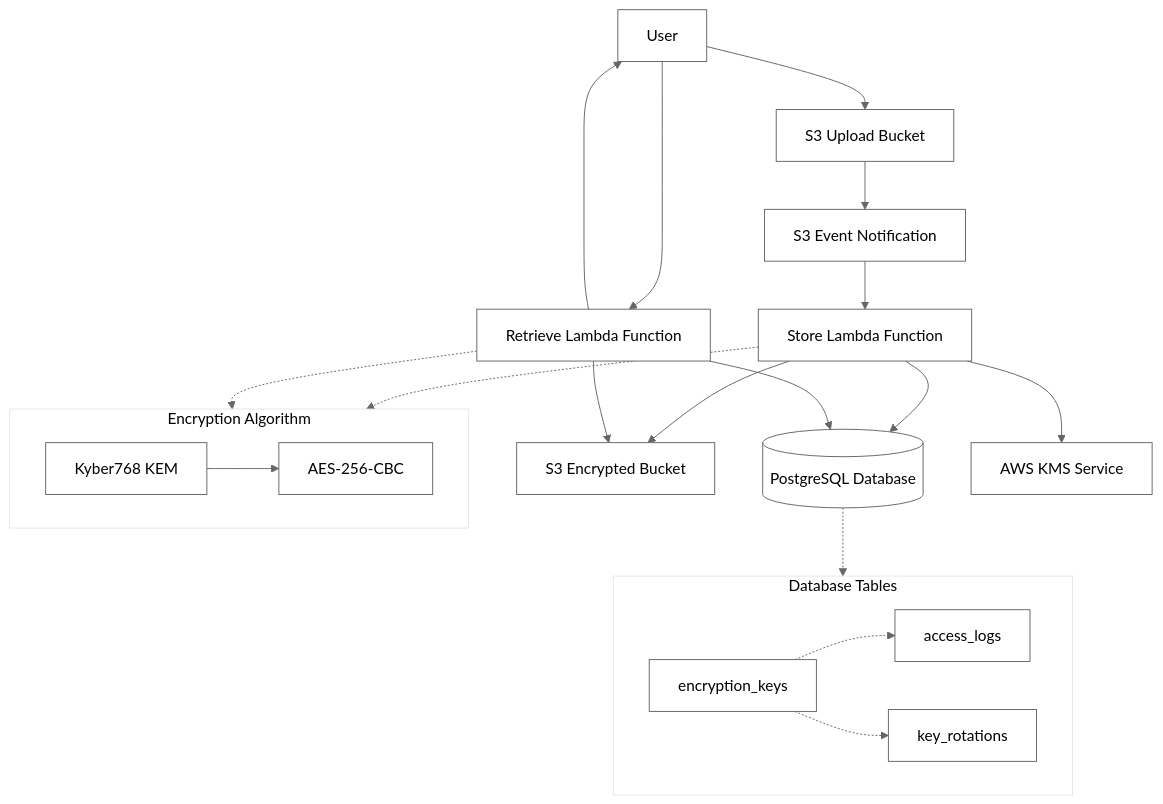
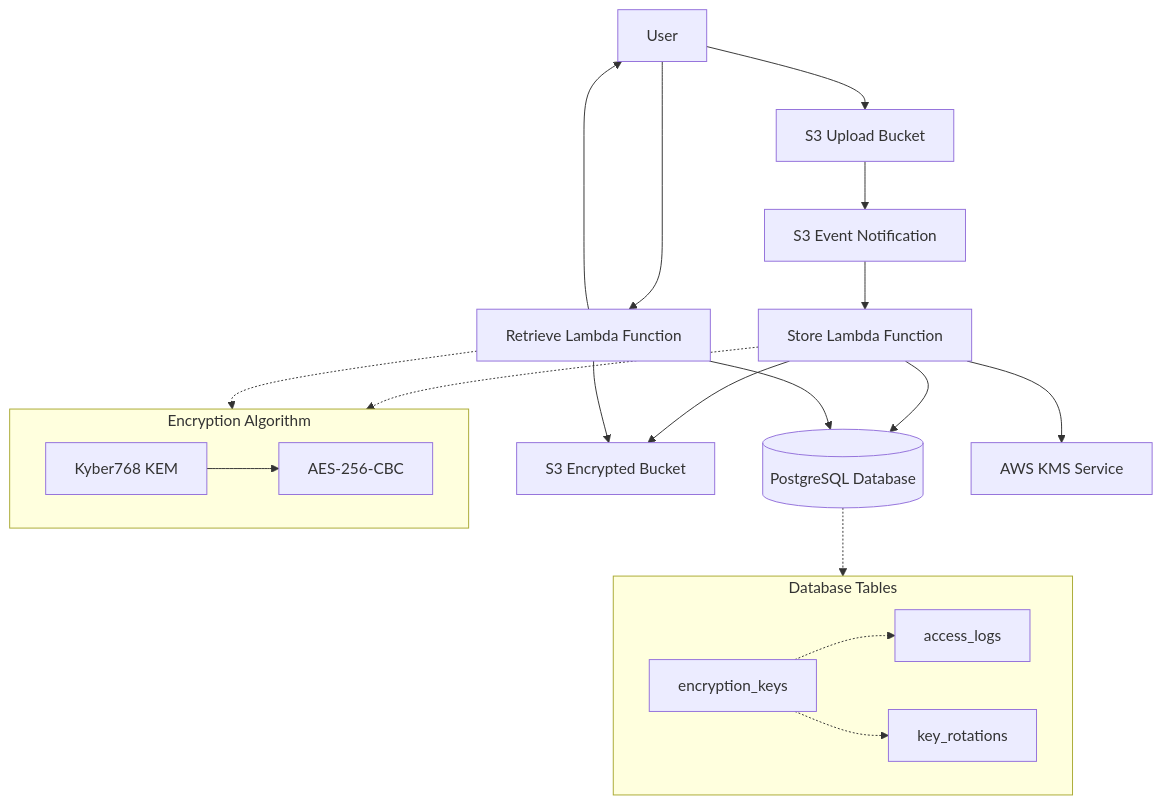
One commit to m1rl0k/pqfile changed the diagram in README.md. Above: the diagram before and after it, drawn with Mermaid.

````diff
--- a/README.md
+++ b/README.md
@@ -17,44 +17,41 @@
 ```mermaid
-%%{init: {"flowchart": {"useMaxWidth": false, "htmlLabels": false, "curve": "basis"}, "theme": "base", "themeVariables": {"primaryColor": "#ffffff", "primaryTextColor": "#000000", "primaryBorderColor": "#666666", "lineColor": "#666666"}}}%%
 graph TB
-    User["User"]
-    S3Upload["S3 Upload Bucket"]
-    S3Encrypted["S3 Encrypted Bucket"]
-    StoreLambda["Store Lambda Function"]
-    RetrieveLambda["Retrieve Lambda Function"]
-    Database[("PostgreSQL Database")]
-    KMSService["AWS KMS Service"]
-    S3Event["S3 Event Notification"]
+    User["   User   "]
+    S3Upload["   S3 Upload Bucket   "]
+    S3Encrypted["   S3 Encrypted Bucket   "]
+    StoreLambda["   Store Lambda Function   "]
+    RetrieveLambda["   Retrieve Lambda Function   "]
+    Database[("   PostgreSQL Database   ")]
+    KMSService["   AWS KMS Service   "]
+    S3Event["   S3 Event Notification   "]
 
     User --> S3Upload
     User --> RetrieveLambda
     S3Upload --> S3Event
     S3Event --> StoreLambda
     StoreLambda --> Database
     StoreLambda --> KMSService
     StoreLambda --> S3Encrypted
     RetrieveLambda --> Database
     RetrieveLambda --> S3Encrypted
     RetrieveLambda --> User
 
-    subgraph CryptoAlgorithm ["Encryption Algorithm"]
-        Kyber768["Kyber768 KEM"]
-        AES256["AES-256-CBC"]
+    subgraph CryptoAlgorithm ["   Encryption Algorithm   "]
+        Kyber768["   Kyber768 KEM   "]
+        AES256["   AES-256-CBC   "]
         Kyber768 --> AES256
     end
 
     StoreLambda -.-> CryptoAlgorithm
     RetrieveLambda -.-> CryptoAlgorithm
 
-    subgraph DatabaseTables ["Database Tables"]
-        EncryptionKeys["encryption_keys"]
-        AccessLogs["access_logs"]
-        KeyRotations["key_rotations"]
+    subgraph DatabaseTables ["   Database Tables   "]
+        EncryptionKeys["   encryption_keys   "]
+        AccessLogs["   access_logs   "]
+        KeyRotations["   key_rotations   "]
         EncryptionKeys -.-> AccessLogs
         EncryptionKeys -.-> KeyRotations
     end
 
     Database -.-> DatabaseTables
-
-    classDef default fill:#ffffff,stroke:#666666,stroke-width:1px,color:#000000
 ```
````
